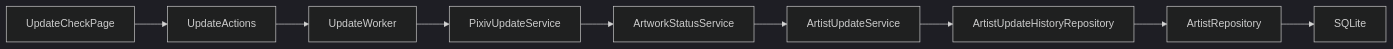
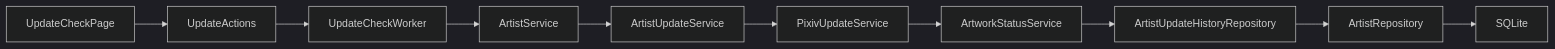
One commit to PKT0623/PixivLocalManager changed the ninth of 20 diagrams in docs/07_ARCHITECTURE.md. Above: the diagram before and after it, drawn with Mermaid (dark theme). The commit also changed other lines of this file and 9 other files, not shown here.

````diff
--- a/docs/07_ARCHITECTURE.md
+++ b/docs/07_ARCHITECTURE.md
@@ -371,13 +423,14 @@
 ```mermaid
 flowchart LR
 
 UpdateCheckPage
 --> UpdateActions
---> UpdateWorker
+--> UpdateCheckWorker
+--> ArtistService
+--> ArtistUpdateService
 --> PixivUpdateService
 --> ArtworkStatusService
---> ArtistUpdateService
 --> ArtistUpdateHistoryRepository
 --> ArtistRepository
 --> SQLite
 ```
````
